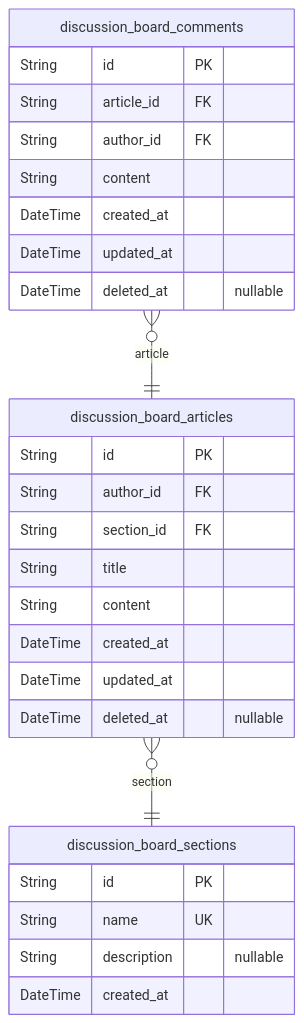
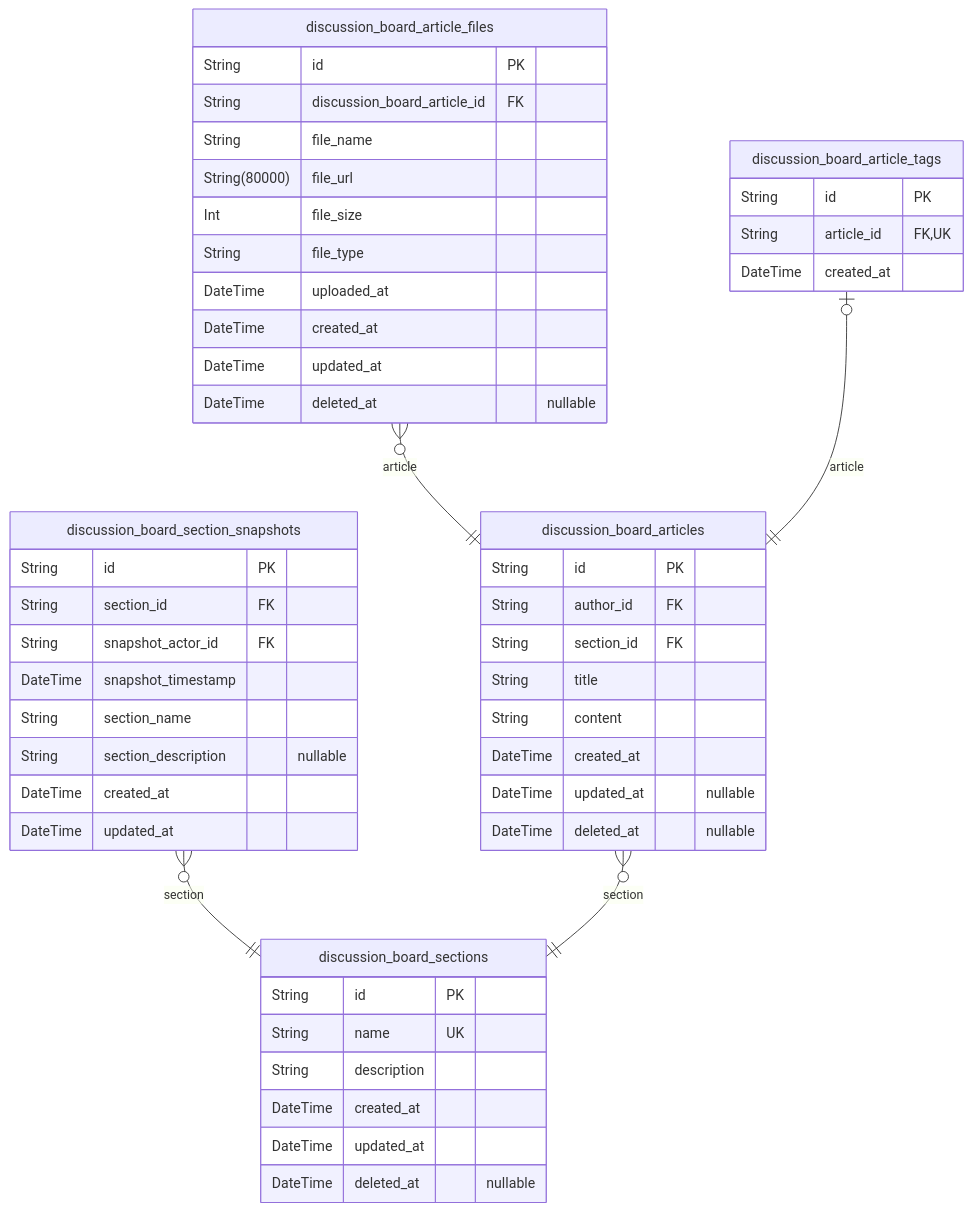
The second of 3 diagrams in qwen/qwen3-coder-next/bbs/docs/ERD.md (wrtnlabs/autobe-examples), drawn with Mermaid before and after one commit. The commit also changed other lines of this file and 17098 other files, not shown here.

````diff
--- a/qwen/qwen3-coder-next/bbs/docs/ERD.md
+++ b/qwen/qwen3-coder-next/bbs/docs/ERD.md
@@ -502,30 +438,52 @@
 ```mermaid
 erDiagram
 "discussion_board_sections" {
   String id PK
   String name UK
-  String description "nullable"
+  String description
   DateTime created_at
+  DateTime updated_at
+  DateTime deleted_at "nullable"
+}
+"discussion_board_section_snapshots" {
+  String id PK
+  String section_id FK
+  String snapshot_actor_id FK
+  DateTime snapshot_timestamp
+  String section_name
+  String section_description "nullable"
+  DateTime created_at
+  DateTime updated_at
 }
 "discussion_board_articles" {
   String id PK
   String author_id FK
   String section_id FK
   String title
   String content
   DateTime created_at
-  DateTime updated_at
+  DateTime updated_at "nullable"
   DateTime deleted_at "nullable"
 }
-"discussion_board_comments" {
+"discussion_board_article_files" {
   String id PK
-  String article_id FK
-  String author_id FK
-  String content
+  String discussion_board_article_id FK
+  String file_name
+  String(80000) file_url
+  Int file_size
+  String file_type
+  DateTime uploaded_at
   DateTime created_at
   DateTime updated_at
   DateTime deleted_at "nullable"
 }
+"discussion_board_article_tags" {
+  String id PK
+  String article_id FK,UK
+  DateTime created_at
+}
+"discussion_board_section_snapshots" }o--|| "discussion_board_sections" : section
 "discussion_board_articles" }o--|| "discussion_board_sections" : section
-"discussion_board_comments" }o--|| "discussion_board_articles" : article
+"discussion_board_article_files" }o--|| "discussion_board_articles" : article
+"discussion_board_article_tags" |o--|| "discussion_board_articles" : article
 ```
````
